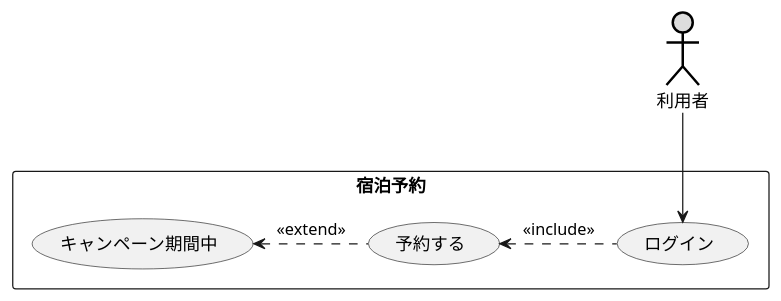
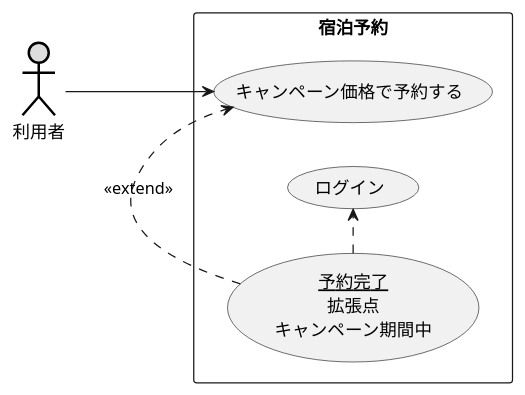
Before and after one commit to kamideteshuuto/uml-introduction: the diagram in 演習2-4_キャンペーン中のホテル宿泊予約.pu, drawn with PlantUML.

Commit message:
変更

```diff
--- a/演習2-4_キャンペーン中のホテル宿泊予約.pu
+++ b/演習2-4_キャンペーン中のホテル宿泊予約.pu
@@ -1,11 +1,12 @@
 @startuml ユースケース図
+left to right direction
 actor 利用者#DDDDDD;line:black;line.bold;
 rectangle 宿泊予約 {
-usecase 予約する
+usecase キャンペーン価格で予約する
 usecase ログイン
-usecase (キャンペーン期間中) as input
+usecase (<u>予約完了</u>\n拡張点\nキャンペーン期間中) as input
 }
-利用者-->ログイン
-予約する<. ログイン: << include >>
-input <. (予約する) : <<extend>>
+input .> キャンペーン価格で予約する : <<extend>>
+input .> ログイン
+利用者-->キャンペーン価格で予約する
 @enduml
```
